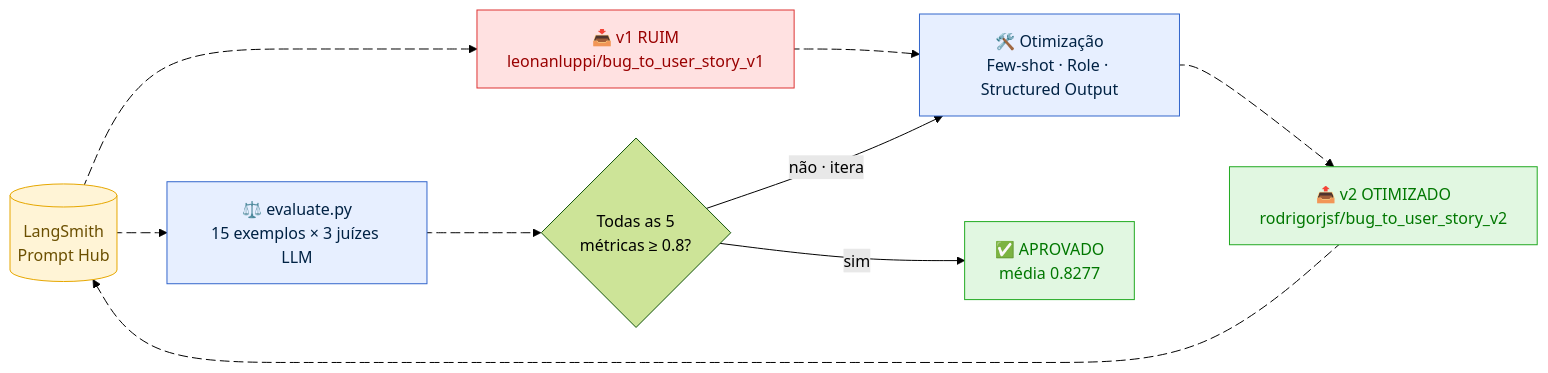
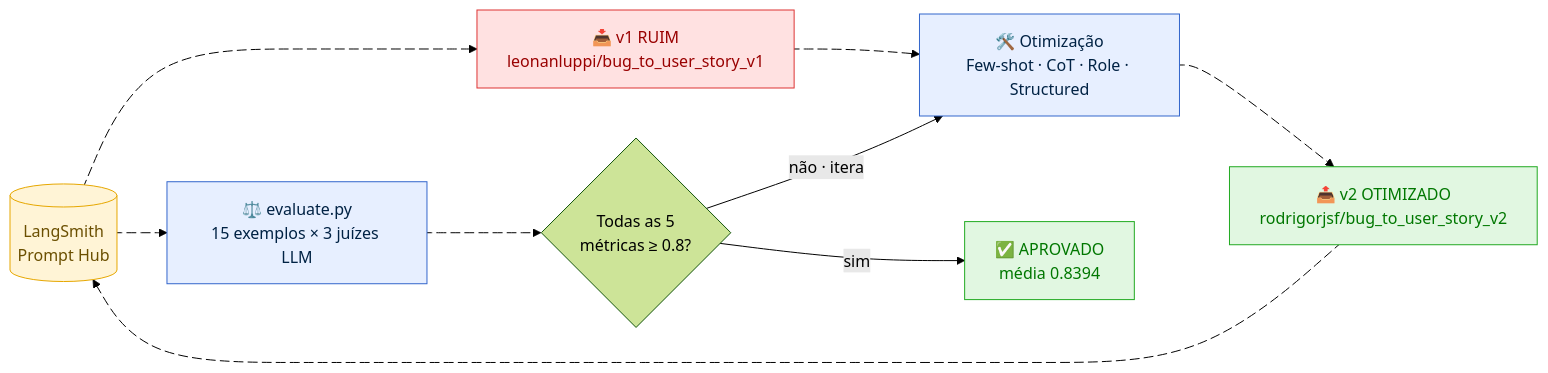
Before and after one commit to rodrigorjsf/mba-ia-pull-evaluation-prompt: the first of 3 diagrams in README.md, drawn with Mermaid (forest theme). The commit also changed other lines of this file and 23 other files, not shown here.

````diff
--- a/README.md
+++ b/README.md
@@ -13,35 +14,35 @@
 ```mermaid
 flowchart LR
     Hub[("LangSmith<br/>Prompt Hub")]
     V1["📥 v1 RUIM<br/>leonanluppi/bug_to_user_story_v1"]
-    OPT["🛠️ Otimização<br/>Few-shot · Role · Structured Output"]
+    OPT["🛠️ Otimização<br/>Few-shot · CoT · Role · Structured"]
     V2["📤 v2 OTIMIZADO<br/>rodrigorjsf/bug_to_user_story_v2"]
     EVAL["⚖️ evaluate.py<br/>15 exemplos × 3 juízes LLM"]
     GATE{"Todas as 5<br/>métricas ≥ 0.8?"}
-    DONE["✅ APROVADO<br/>média 0.8277"]
+    DONE["✅ APROVADO<br/>média 0.8394"]
 
     Hub e1@--> V1
     V1 e2@--> OPT
     OPT e3@--> V2
     V2 e4@--> Hub
     Hub e5@--> EVAL
     EVAL e6@--> GATE
     GATE -->|"não · itera"| OPT
     GATE -->|sim| DONE
 
     e1@{ animate: true }
     e2@{ animate: true }
     e3@{ animate: true }
     e4@{ animate: true }
     e5@{ animate: true }
     e6@{ animate: true }
 
     classDef bad  fill:#ffe1e1,stroke:#d33,color:#900
     classDef good fill:#e1f7e1,stroke:#2a2,color:#070
     classDef proc fill:#e7efff,stroke:#36c,color:#024
     classDef hub  fill:#fff4d6,stroke:#e6a700,color:#6b4f00
     class V1 bad
     class V2,DONE good
     class OPT,EVAL proc
     class Hub hub
 ```
````
